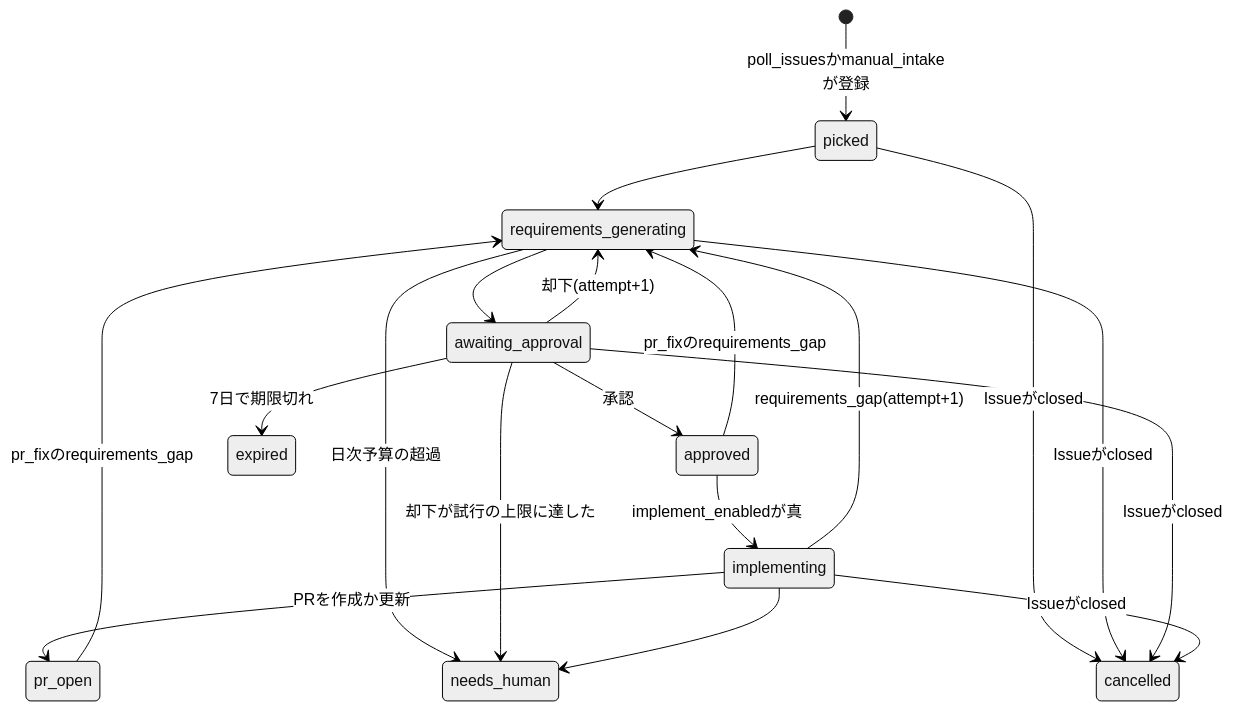
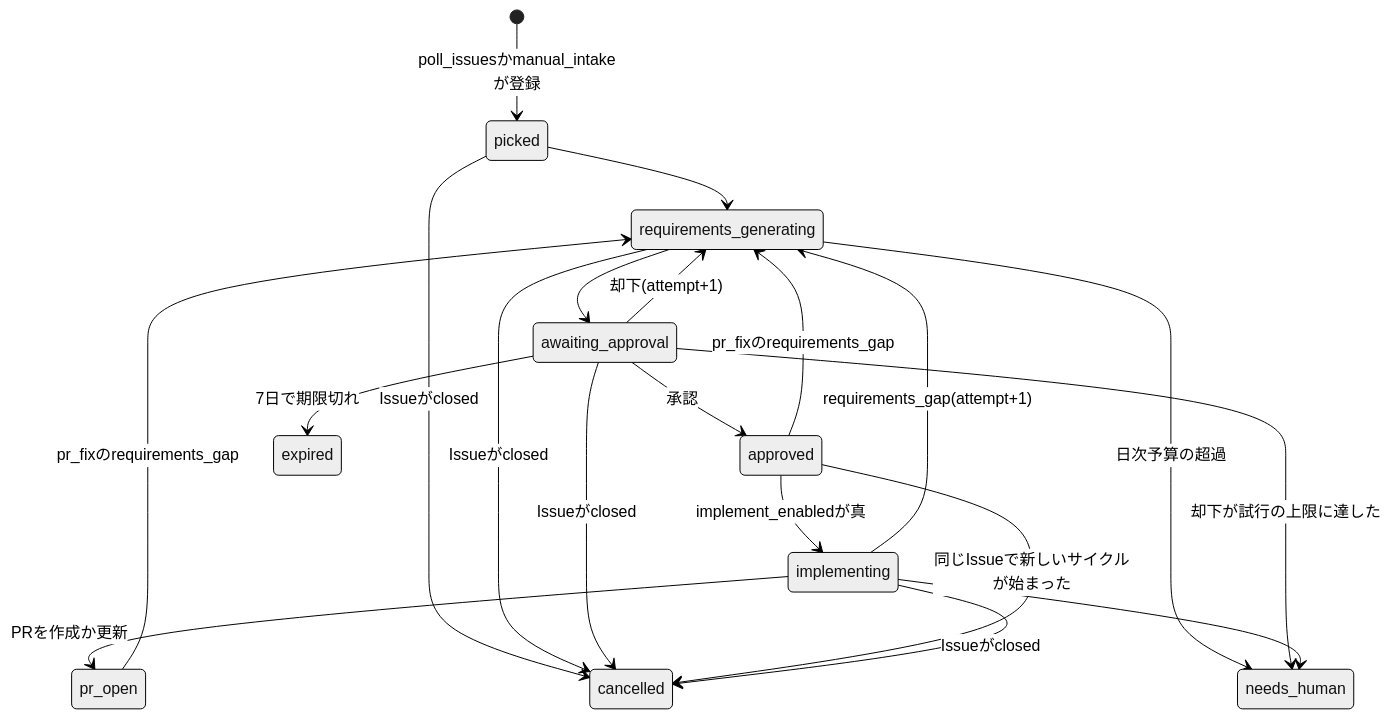
The second of 4 diagrams in docs/architecture.md (u-stem/atelier-works), drawn with Mermaid (neutral theme) before and after one commit. The commit also changed other lines of this file and 18 other files, not shown here.

````diff
--- a/docs/architecture.md
+++ b/docs/architecture.md
@@ -94,21 +94,22 @@
 ```mermaid
 stateDiagram-v2
     [*] --> picked: poll_issuesかmanual_intakeが登録
     picked --> requirements_generating
     picked --> cancelled: Issueがclosed
     requirements_generating --> awaiting_approval
     requirements_generating --> needs_human: 日次予算の超過
     requirements_generating --> cancelled: Issueがclosed
     awaiting_approval --> approved: 承認
     awaiting_approval --> requirements_generating: 却下(attempt+1)
     awaiting_approval --> needs_human: 却下が試行の上限に達した
     awaiting_approval --> expired: 7日で期限切れ
     awaiting_approval --> cancelled: Issueがclosed
     approved --> implementing: implement_enabledが真
     approved --> requirements_generating: pr_fixのrequirements_gap
+    approved --> cancelled: 同じIssueで新しいサイクルが始まった
     implementing --> pr_open: PRを作成か更新
     implementing --> requirements_generating: requirements_gap(attempt+1)
     implementing --> needs_human
     implementing --> cancelled: Issueがclosed
     pr_open --> requirements_generating: pr_fixのrequirements_gap
 ```
````
